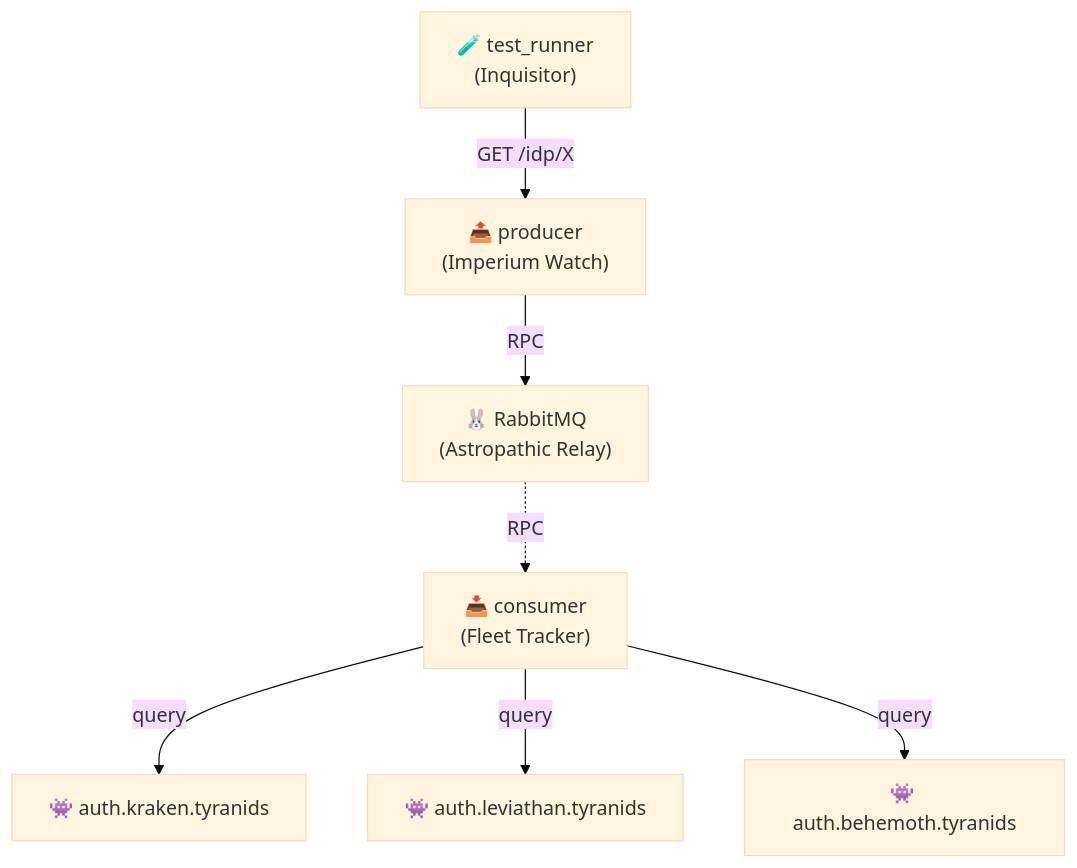
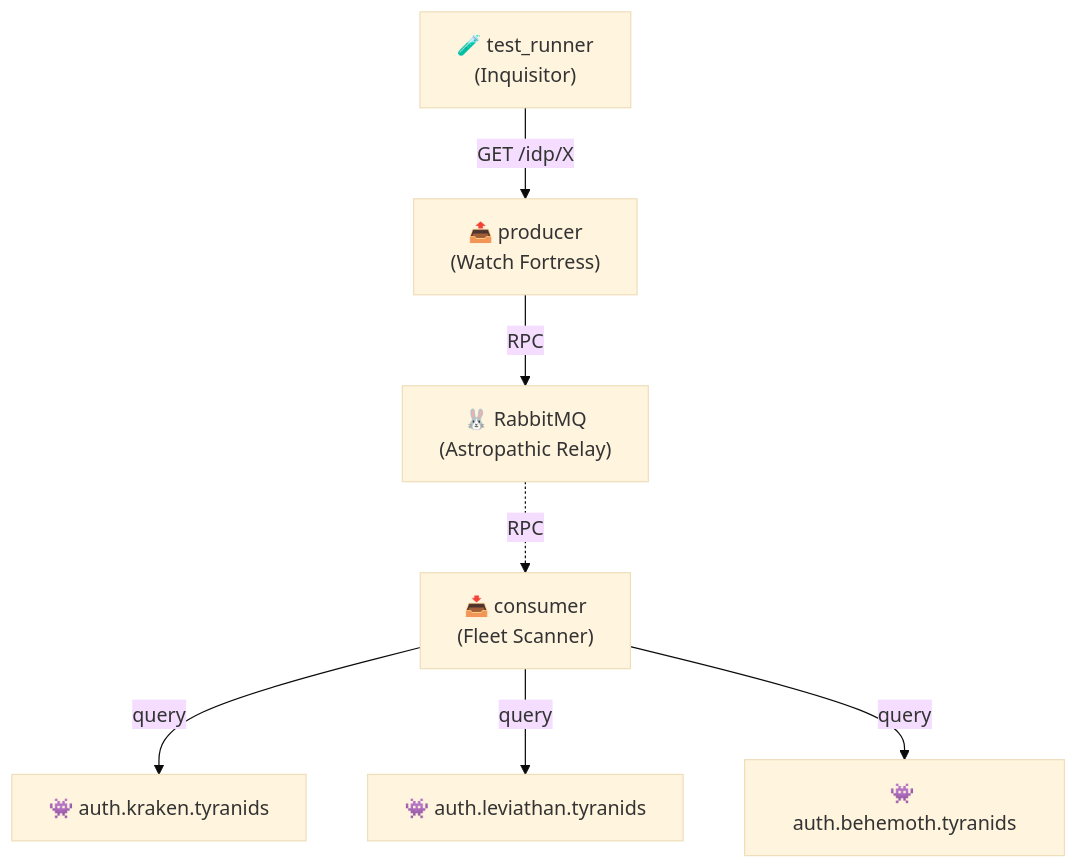
One commit to proconnect-gouv/idp-status-monitoring changed the diagram in examples/idp_cascading_failures/README.md. Above: the diagram before and after it, drawn with Mermaid (base theme). The commit also changed other lines of this file and 11 other files, not shown here.

````diff
--- a/examples/idp_cascading_failures/README.md
+++ b/examples/idp_cascading_failures/README.md
@@ -7,17 +7,17 @@
 ```mermaid
 graph TB
     test["🧪 test_runner<br/>(Inquisitor)"]
-    producer["📤 producer<br/>(Imperium Watch)"]
-    consumer["📥 consumer<br/>(Fleet Tracker)"]
+    producer["📤 producer<br/>(Watch Fortress)"]
+    consumer["📥 consumer<br/>(Fleet Scanner)"]
     rabbitmq["🐰 RabbitMQ<br/>(Astropathic Relay)"]
     kraken["👾 auth.kraken.tyranids"]
     leviathan["👾 auth.leviathan.tyranids"]
     behemoth["👾 auth.behemoth.tyranids"]
 
     test -->|GET /idp/X| producer
     producer -->|RPC| rabbitmq
     rabbitmq -.->|RPC| consumer
     consumer -->|query| kraken
     consumer -->|query| leviathan
     consumer -->|query| behemoth
 ```
````
